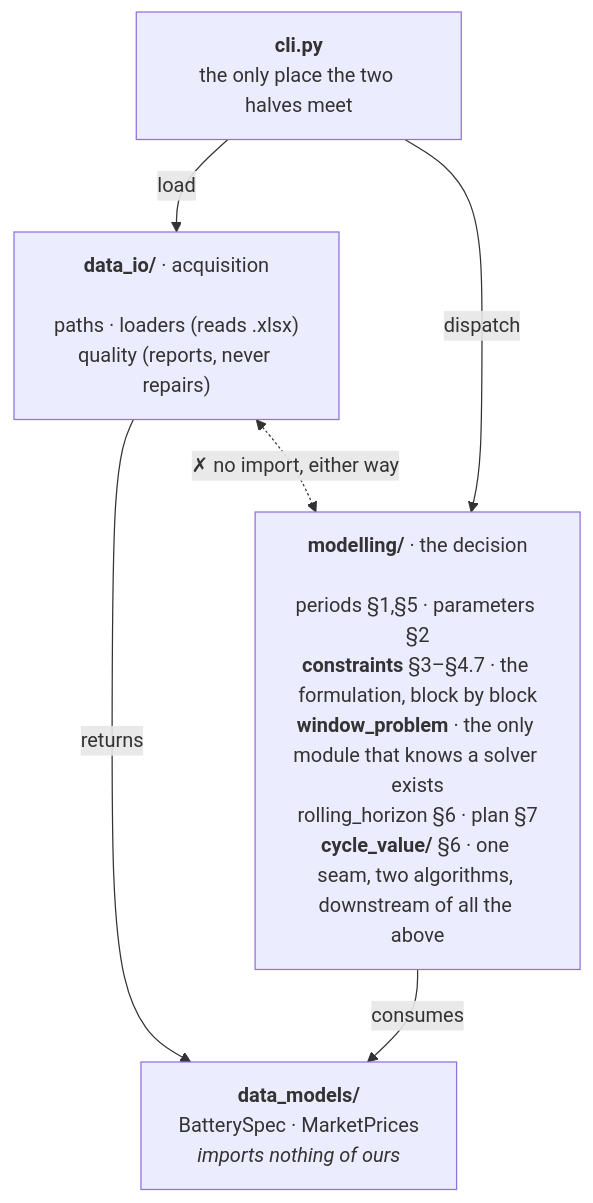
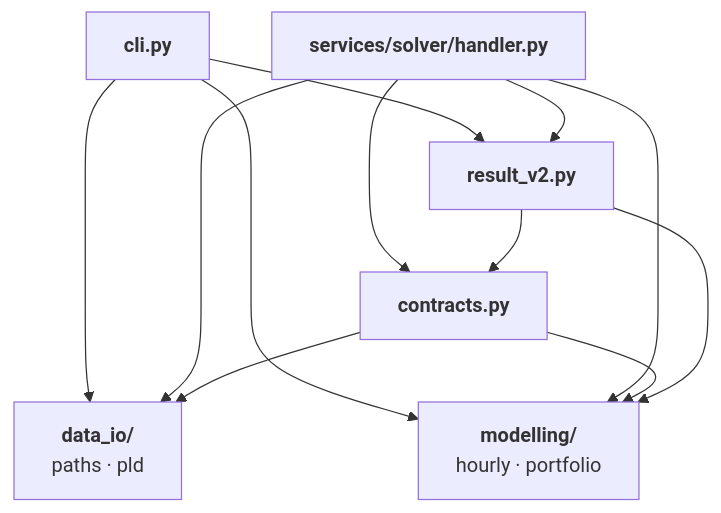
One commit to GuilhermePFM/BatteryDispatchModel changed the diagram in docs/architecture.md. Above: the diagram before and after it, drawn with Mermaid. The commit also changed other lines of this file and 242 other files, not shown here.

First line of the commit message:
feat: adapt BatteryPlan to the Brazilian PLD market

````diff
--- a/docs/architecture.md
+++ b/docs/architecture.md
@@ -51,13 +36,21 @@
 ```mermaid
 flowchart TD
-    CLI["<b>cli.py</b><br/>the only place the two halves meet"]
-    IO["<b>data_io/</b> · acquisition<br/><br/>paths · loaders (reads .xlsx)<br/>quality (reports, never repairs)"]
-    MOD["<b>modelling/</b> · the decision<br/><br/>periods §1,§5 · parameters §2<br/><b>constraints</b> §3–§4.7 · the formulation, block by block<br/><b>window_problem</b> · the only module that knows a solver exists<br/>rolling_horizon §6 · plan §7<br/><b>cycle_value/</b> §6 · one seam, two algorithms, downstream of all the above"]
-    DM["<b>data_models/</b><br/>BatterySpec · MarketPrices<br/><i>imports nothing of ours</i>"]
+    CLI["<b>cli.py</b>"]
+    H["<b>services/solver/handler.py</b>"]
+    IO["<b>data_io/</b><br/>paths · pld"]
+    MOD["<b>modelling/</b><br/>hourly · portfolio"]
+    C["<b>contracts.py</b>"]
+    RES["<b>result_v2.py</b>"]
 
-    CLI -- load --> IO
-    CLI -- dispatch --> MOD
-    IO -- returns --> DM
-    MOD -- consumes --> DM
-    IO <-. "✗ no import, either way" .-> MOD
+    CLI --> IO
+    CLI --> MOD
+    CLI --> RES
+    H --> IO
+    H --> MOD
+    H --> C
+    H --> RES
+    C --> MOD
+    C --> IO
+    RES --> MOD
+    RES --> C
 ```
````
